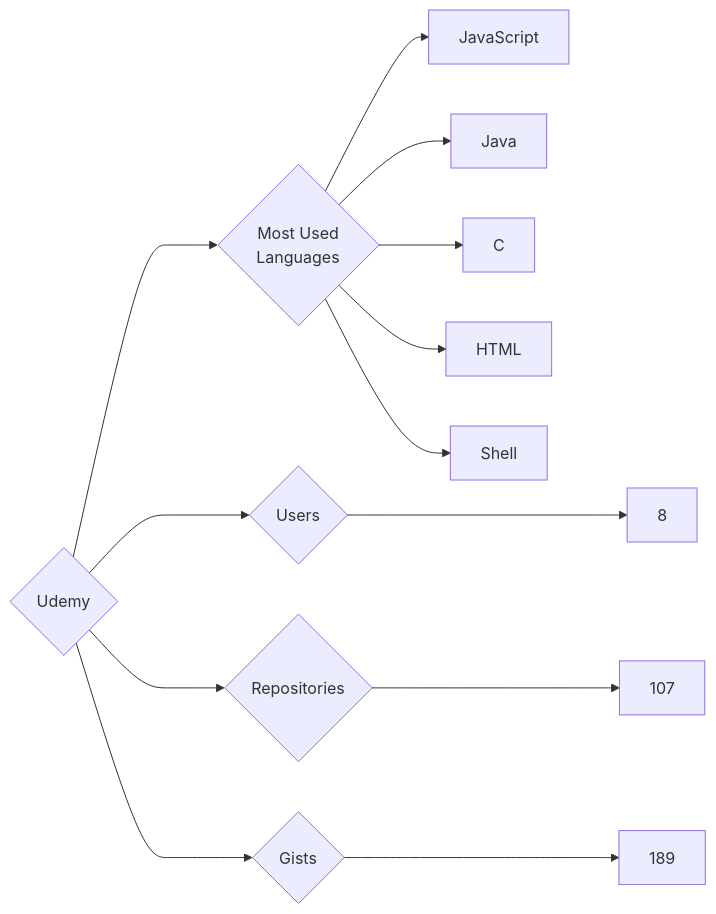
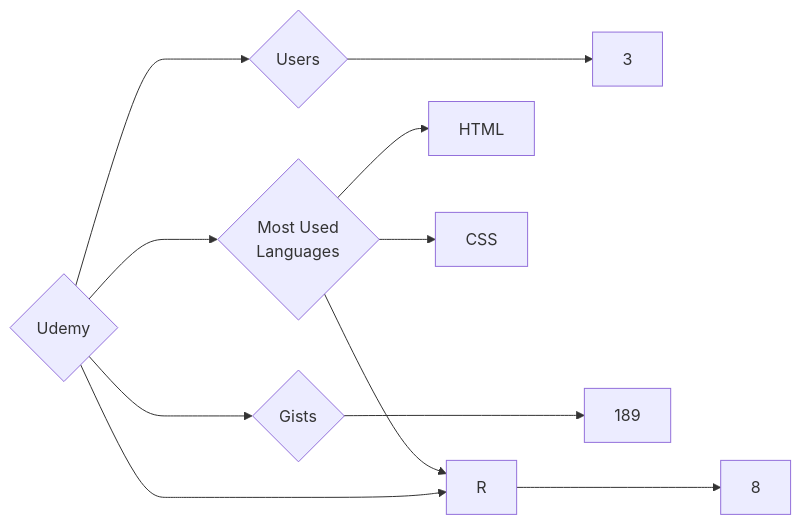
The diagram in targets/Udemy/README.md (trickest/insiders), drawn with Mermaid before and after one commit. The commit also changed 597 other files, not shown here.

````diff
--- a/targets/Udemy/README.md
+++ b/targets/Udemy/README.md
@@ -3,13 +3,11 @@
 ```mermaid
 graph LR
 COMPANY_NAME{Udemy}
-COMPANY_NAME ---> U{Users} ---> UN[8]
-COMPANY_NAME ---> R{Repositories} ---> RN[107]
+COMPANY_NAME ---> U{Users} ---> UN[3]
+COMPANY_NAME ---> R{Repositories} ---> RN[8]
 COMPANY_NAME ---> G{Gists} ---> GN[189]
 COMPANY_NAME ---> ML{Most Used<br>Languages}
-ML --> JavaScript[JavaScript]
-ML --> Java[Java]
-ML --> C[C]
 ML --> HTML[HTML]
-ML --> Shell[Shell]
+ML --> R[R]
+ML --> CSS[CSS]
 ```
````
